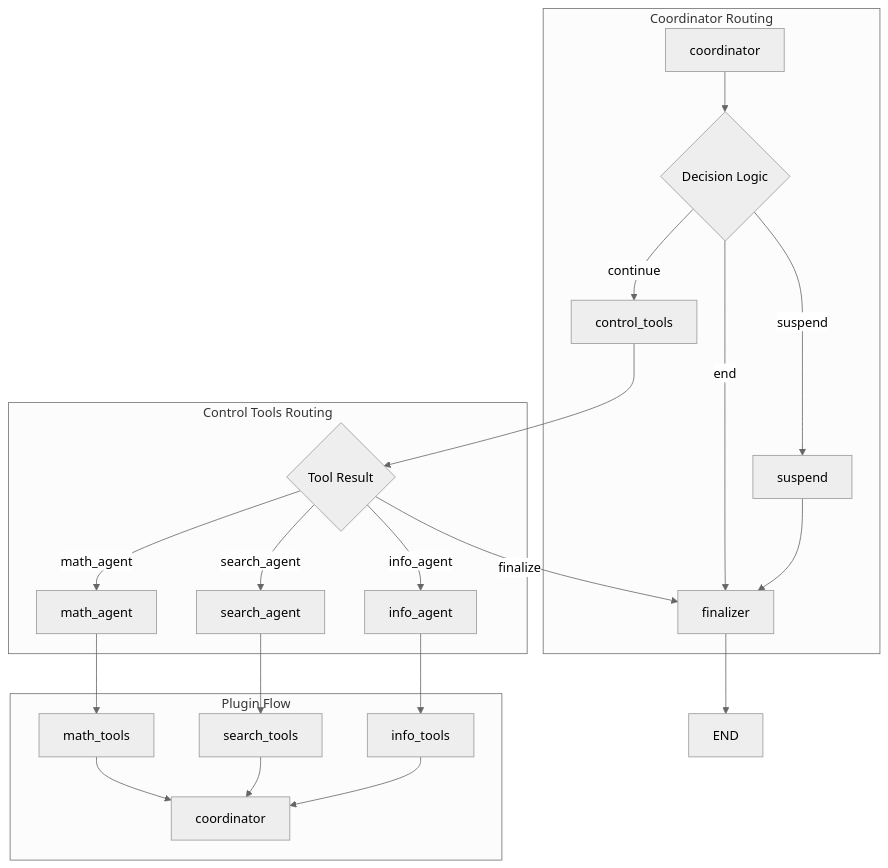
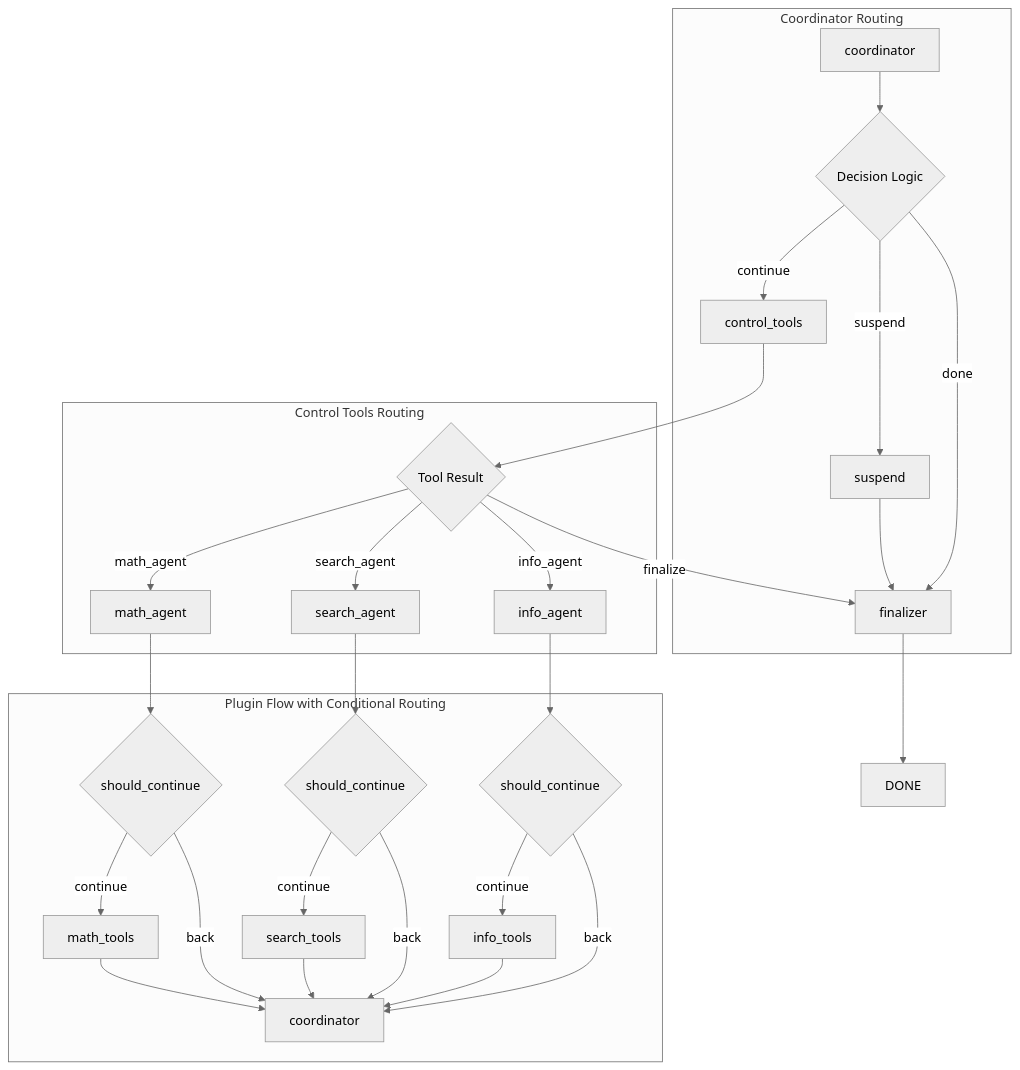
Before and after one commit to jonaskahn/cadence: the fourth of 9 diagrams in docs/concepts/langgraph-architecture.md, drawn with Mermaid (neutral theme). The commit also changed other lines of this file and 41 other files, not shown here.

````diff
--- a/docs/concepts/langgraph-architecture.md
+++ b/docs/concepts/langgraph-architecture.md
@@ -138,29 +138,35 @@
 ```mermaid
 graph TB
     subgraph "Coordinator Routing"
         A[coordinator] --> B{Decision Logic}
         B -->|continue| C[control_tools]
         B -->|suspend| D[suspend]
-        B -->|end| E[finalizer]
+        B -->|done| E[finalizer]
     end
     
     subgraph "Control Tools Routing"
         C --> F{Tool Result}
         F -->|math_agent| G[math_agent]
         F -->|search_agent| H[search_agent]
         F -->|info_agent| I[info_agent]
         F -->|finalize| E
     end
     
-    subgraph "Plugin Flow"
-        G --> K[math_tools]
-        H --> L[search_tools]
-        I --> M[info_tools]
-        K --> N[coordinator]
-        L --> N
+    subgraph "Plugin Flow with Conditional Routing"
+        G --> J{should_continue}
+        H --> K{should_continue}
+        I --> L{should_continue}
+        J -->|continue| M[math_tools]
+        J -->|back| N[coordinator]
+        K -->|continue| O[search_tools]
+        K -->|back| N
+        L -->|continue| P[info_tools]
+        L -->|back| N
         M --> N
+        O --> N
+        P --> N
     end
     
     D --> E
-    E --> O[END]
+    E --> Q[DONE]
 ```
````
